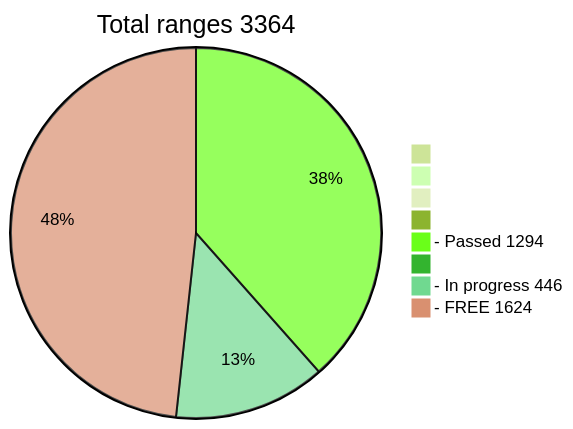
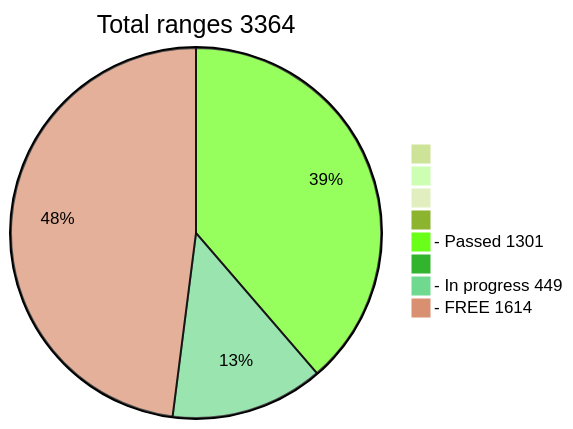
One commit to phrutis/wif500 changed the diagram in README.md. Above: the diagram before and after it, drawn with Mermaid (forest theme).

````diff
--- a/README.md
+++ b/README.md
@@ -16,12 +16,12 @@
 ```mermaid
 pie title Total ranges 3364
              " " : 0
             "  " : 0
            "   " : 0
           "    " : 0
-  "- Passed 1294" : 1294
+  "- Passed 1301" : 1301
          "     " : 0
-  "- In progress 446" : 446
-   "- FREE 1624" : 1624
+  "- In progress 449" : 449
+   "- FREE 1614" : 1614
    
 ```
````
